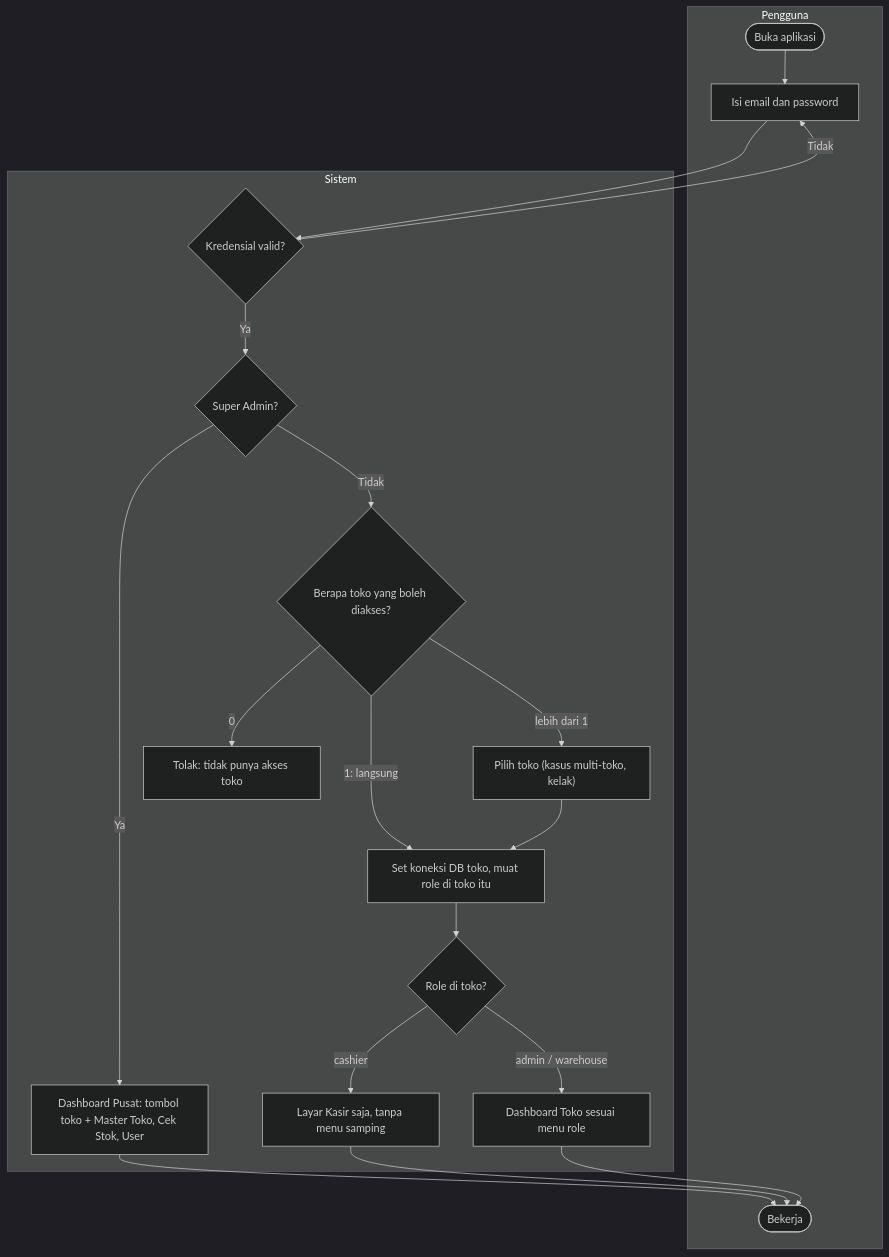
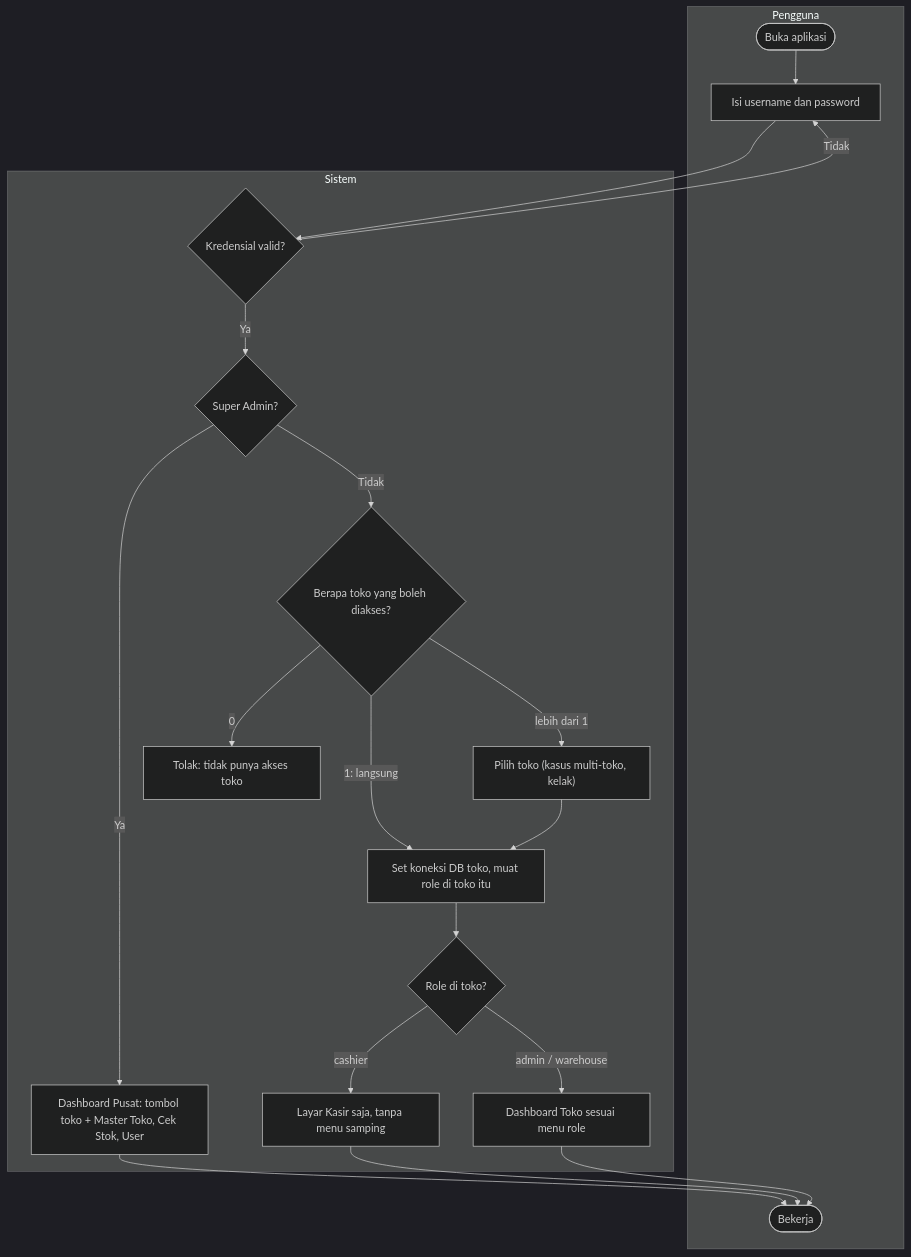
The third of 30 diagrams in docs/analisis-sistem.md (aliefpraditya/store-management), drawn with Mermaid (dark theme) before and after one commit. The commit also changed other lines of this file and 224 other files, not shown here.

````diff
--- a/docs/analisis-sistem.md
+++ b/docs/analisis-sistem.md
@@ -446,30 +446,30 @@
 ```mermaid
 flowchart TD
     subgraph U["Pengguna"]
-        U1(["Buka aplikasi"]) --> U2["Isi email dan password"]
+        U1(["Buka aplikasi"]) --> U2["Isi username dan password"]
         U9(["Bekerja"])
     end
     subgraph SYS["Sistem"]
         S1{"Kredensial valid?"}
         S2{"Super Admin?"}
         S3["Dashboard Pusat: tombol toko + Master Toko, Cek Stok, User"]
         S4{"Berapa toko yang boleh diakses?"}
         S5["Tolak: tidak punya akses toko"]
         S6["Pilih toko (kasus multi-toko, kelak)"]
         S7["Set koneksi DB toko, muat role di toko itu"]
         S8{"Role di toko?"}
         S9["Layar Kasir saja, tanpa menu samping"]
         S10["Dashboard Toko sesuai menu role"]
     end
     U2 --> S1
     S1 -->|"Tidak"| U2
     S1 -->|"Ya"| S2
     S2 -->|"Ya"| S3 --> U9
     S2 -->|"Tidak"| S4
     S4 -->|"0"| S5
     S4 -->|"1: langsung"| S7
     S4 -->|"lebih dari 1"| S6 --> S7
     S7 --> S8
     S8 -->|"cashier"| S9 --> U9
     S8 -->|"admin / warehouse"| S10 --> U9
 ```
````
